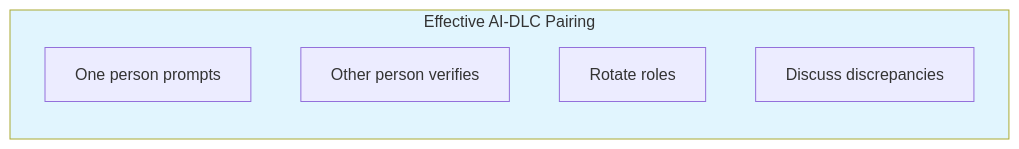
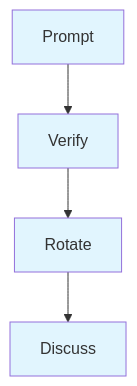
The sixth of 7 diagrams in website/content/papers/ai-dlc-2026/runbooks/adoption/skills-training.md (TheBushidoCollective/han), drawn with Mermaid before and after one commit. The commit also changed other lines of this file and 21 other files, not shown here.

First line of the commit message:
fix(website): convert all AI-DLC runbook Mermaid diagrams to TB layout

````diff
--- a/website/content/papers/ai-dlc-2026/runbooks/adoption/skills-training.md
+++ b/website/content/papers/ai-dlc-2026/runbooks/adoption/skills-training.md
@@ -212,12 +198,11 @@
 ```mermaid
-flowchart LR
-    subgraph Pairing["Effective AI-DLC Pairing"]
-        direction TB
-        P1[One person prompts]
-        P2[Other person verifies]
-        P3[Rotate roles]
-        P4[Discuss discrepancies]
-    end
+flowchart TB
+    P1[Prompt] --> P2[Verify]
+    P2 --> P3[Rotate]
+    P3 --> P4[Discuss]
 
-    style Pairing fill:#e1f5fe
+    style P1 fill:#e1f5fe
+    style P2 fill:#e1f5fe
+    style P3 fill:#e1f5fe
+    style P4 fill:#e1f5fe
 ```
````
